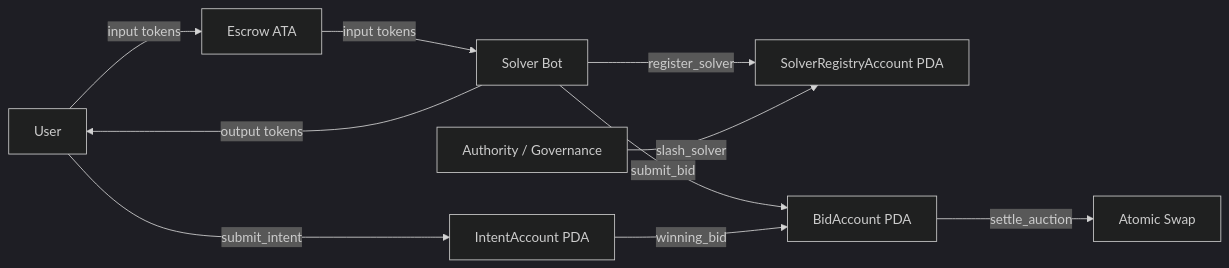
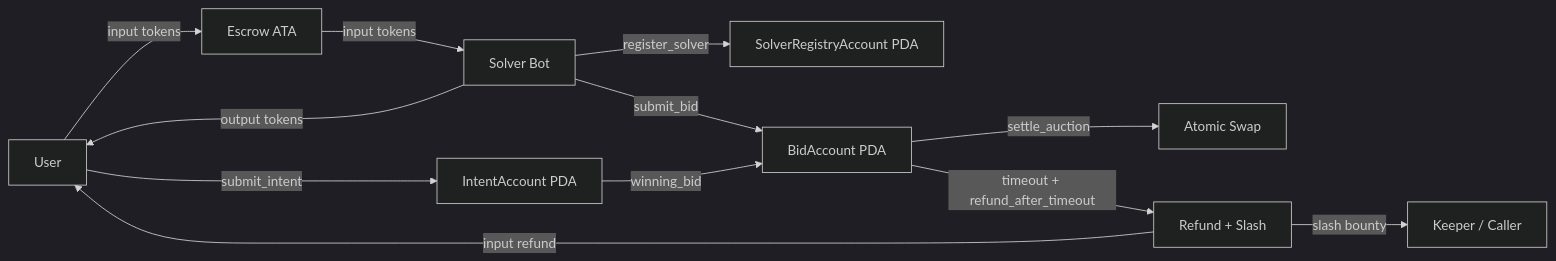
Before and after one commit to blanco-3/flint: the diagram in README.md, drawn with Mermaid (dark theme). The commit also changed other lines of this file and 10 other files, not shown here.

````diff
--- a/README.md
+++ b/README.md
@@ -13,12 +13,14 @@
 ```mermaid
 flowchart LR
     U[User] -->|submit_intent| I[IntentAccount PDA]
     U -->|input tokens| E[Escrow ATA]
     S[Solver Bot] -->|register_solver| R[SolverRegistryAccount PDA]
     S -->|submit_bid| B[BidAccount PDA]
     I -->|winning_bid| B
     B -->|settle_auction| X[Atomic Swap]
+    B -->|timeout + refund_after_timeout| F[Refund + Slash]
     E -->|input tokens| S
     S -->|output tokens| U
-    A[Authority / Governance] -->|slash_solver| R
+    F -->|input refund| U
+    F -->|slash bounty| K[Keeper / Caller]
 ```
````
